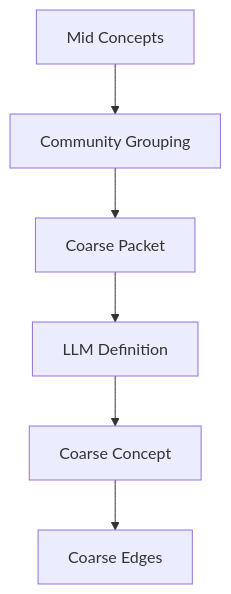
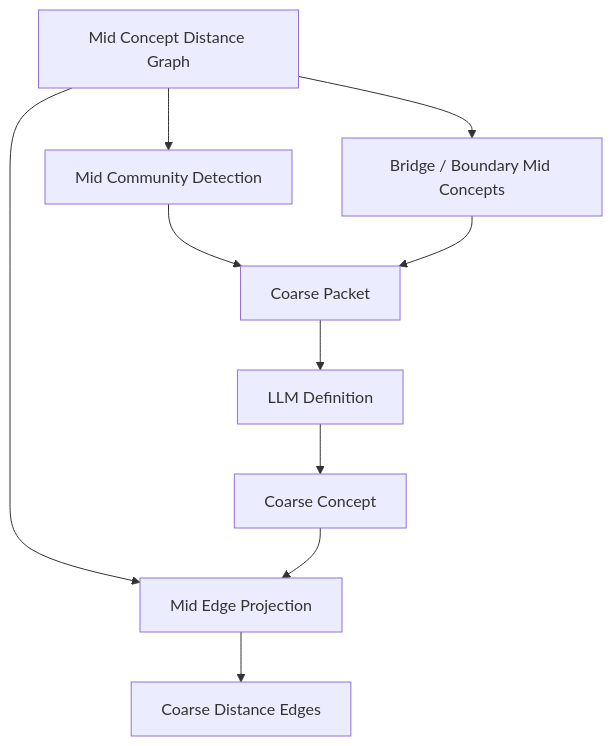
One commit to Sggggt/SymboGraph changed the ninth of 11 diagrams in docs/technical-spec.md. Above: the diagram before and after it, drawn with Mermaid. The commit also changed other lines of this file and 44 other files, not shown here.

Commit message:
v1.2.1 beta: fine cluster去掉了分词聚类方法，agent把加权分排序法改为分层图检索

````diff
--- a/docs/technical-spec.md
+++ b/docs/technical-spec.md
@@ -1215,8 +1409,12 @@
 ```mermaid
 flowchart TB
-    MC["Mid Concepts"] --> COM["Community Grouping"]
+    MG["Mid Concept Distance Graph"] --> COM["Mid Community Detection"]
+    MG --> BR["Bridge / Boundary Mid Concepts"]
     COM --> PACK["Coarse Packet"]
+    BR --> PACK
     PACK --> LLM["LLM Definition"]
     LLM --> CC["Coarse Concept"]
-    CC --> CE["Coarse Edges"]
+    MG --> PROJ["Mid Edge Projection"]
+    CC --> PROJ
+    PROJ --> CE["Coarse Distance Edges"]
 ```
````
